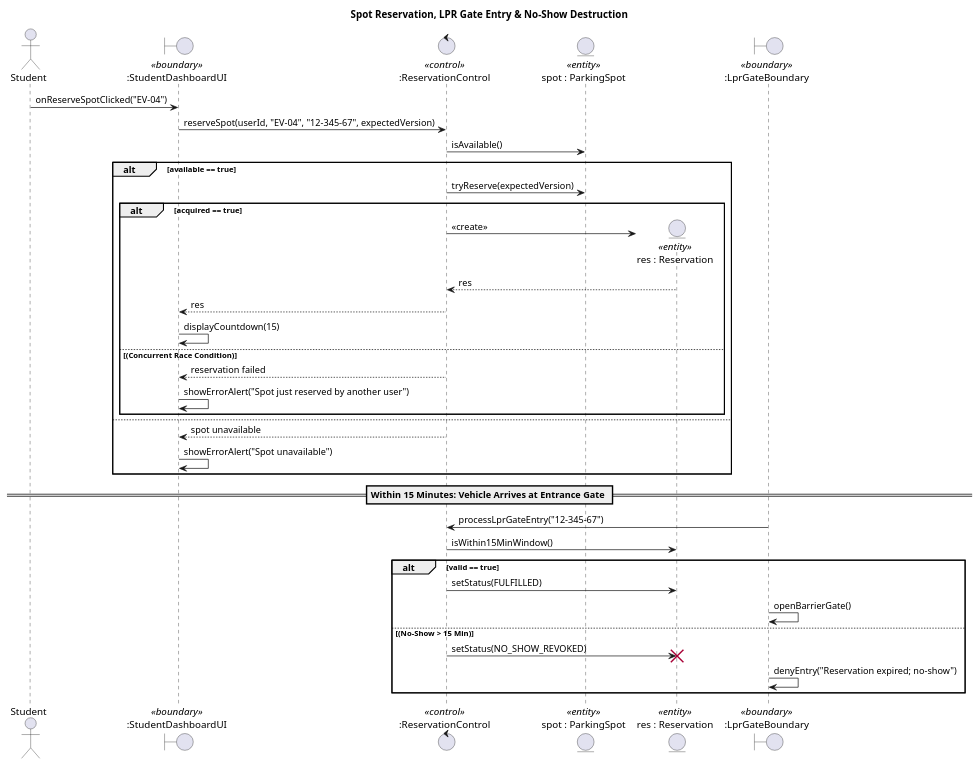
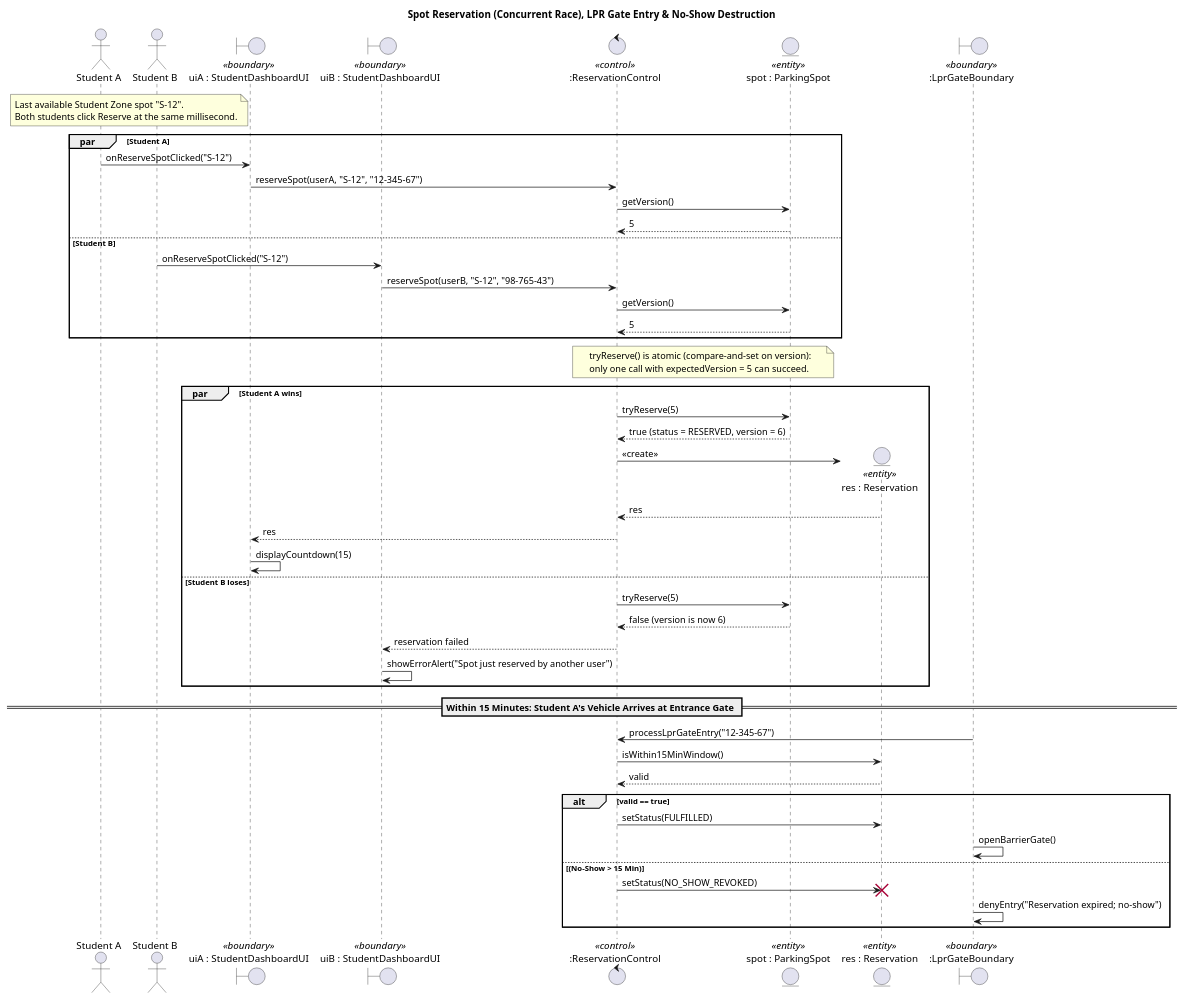
One commit to TomerPine/Ex4_SmartParking_Design changed the diagram in diagrams/sequence_reservation_ecb.puml. Above: the diagram before and after it, drawn with PlantUML. The commit also changed 8 other files, not shown here.

Commit message:
Added @ARCHITECTURE.md with additional puml changes

```diff
--- a/diagrams/sequence_reservation_ecb.puml
+++ b/diagrams/sequence_reservation_ecb.puml
@@ -1,45 +1,64 @@
 @startuml
-title Spot Reservation, LPR Gate Entry & No-Show Destruction
+title Spot Reservation (Concurrent Race), LPR Gate Entry & No-Show Destruction
 
-actor Student
-boundary ":StudentDashboardUI" as UI <<boundary>>
+actor "Student A" as SA
+actor "Student B" as SB
+boundary "uiA : StudentDashboardUI" as UIA <<boundary>>
+boundary "uiB : StudentDashboardUI" as UIB <<boundary>>
 control ":ReservationControl" as Ctrl <<control>>
 entity "spot : ParkingSpot" as Spot <<entity>>
 entity "res : Reservation" as Res <<entity>>
 boundary ":LprGateBoundary" as LPR <<boundary>>
 
-Student -> UI : onReserveSpotClicked("EV-04")
-UI -> Ctrl : reserveSpot(userId, "EV-04", "12-345-67", expectedVersion)
-Ctrl -> Spot : isAvailable()
+note over SA, SB
+  Last available Student Zone spot "S-12".
+  Both students click Reserve at the same millisecond.
+end note
 
-alt available == true
-    Ctrl -> Spot : tryReserve(expectedVersion)
-    alt acquired == true
-        create Res
-        Ctrl -> Res : <<create>>
-        Res --> Ctrl : res
-        Ctrl --> UI : res
-        UI -> UI : displayCountdown(15)
-    else (Concurrent Race Condition)
-        Ctrl --> UI : reservation failed
-        UI -> UI : showErrorAlert("Spot just reserved by another user")
-    end
-else
-    Ctrl --> UI : spot unavailable
-    UI -> UI : showErrorAlert("Spot unavailable")
+par Student A
+    SA -> UIA : onReserveSpotClicked("S-12")
+    UIA -> Ctrl : reserveSpot(userA, "S-12", "12-345-67")
+    Ctrl -> Spot : getVersion()
+    Spot --> Ctrl : 5
+else Student B
+    SB -> UIB : onReserveSpotClicked("S-12")
+    UIB -> Ctrl : reserveSpot(userB, "S-12", "98-765-43")
+    Ctrl -> Spot : getVersion()
+    Spot --> Ctrl : 5
 end
 
-== Within 15 Minutes: Vehicle Arrives at Entrance Gate ==
+note over Ctrl, Spot
+  tryReserve() is atomic (compare-and-set on version):
+  only one call with expectedVersion = 5 can succeed.
+end note
+
+par Student A wins
+    Ctrl -> Spot : tryReserve(5)
+    Spot --> Ctrl : true (status = RESERVED, version = 6)
+    create Res
+    Ctrl -> Res : <<create>>
+    Res --> Ctrl : res
+    Ctrl --> UIA : res
+    UIA -> UIA : displayCountdown(15)
+else Student B loses
+    Ctrl -> Spot : tryReserve(5)
+    Spot --> Ctrl : false (version is now 6)
+    Ctrl --> UIB : reservation failed
+    UIB -> UIB : showErrorAlert("Spot just reserved by another user")
+end
+
+== Within 15 Minutes: Student A's Vehicle Arrives at Entrance Gate ==
 
 LPR -> Ctrl : processLprGateEntry("12-345-67")
 Ctrl -> Res : isWithin15MinWindow()
+Res --> Ctrl : valid
 
 alt valid == true
     Ctrl -> Res : setStatus(FULFILLED)
     LPR -> LPR : openBarrierGate()
 else (No-Show > 15 Min)
     Ctrl -> Res : setStatus(NO_SHOW_REVOKED)
     destroy Res
     LPR -> LPR : denyEntry("Reservation expired; no-show")
 end
 @enduml
```
